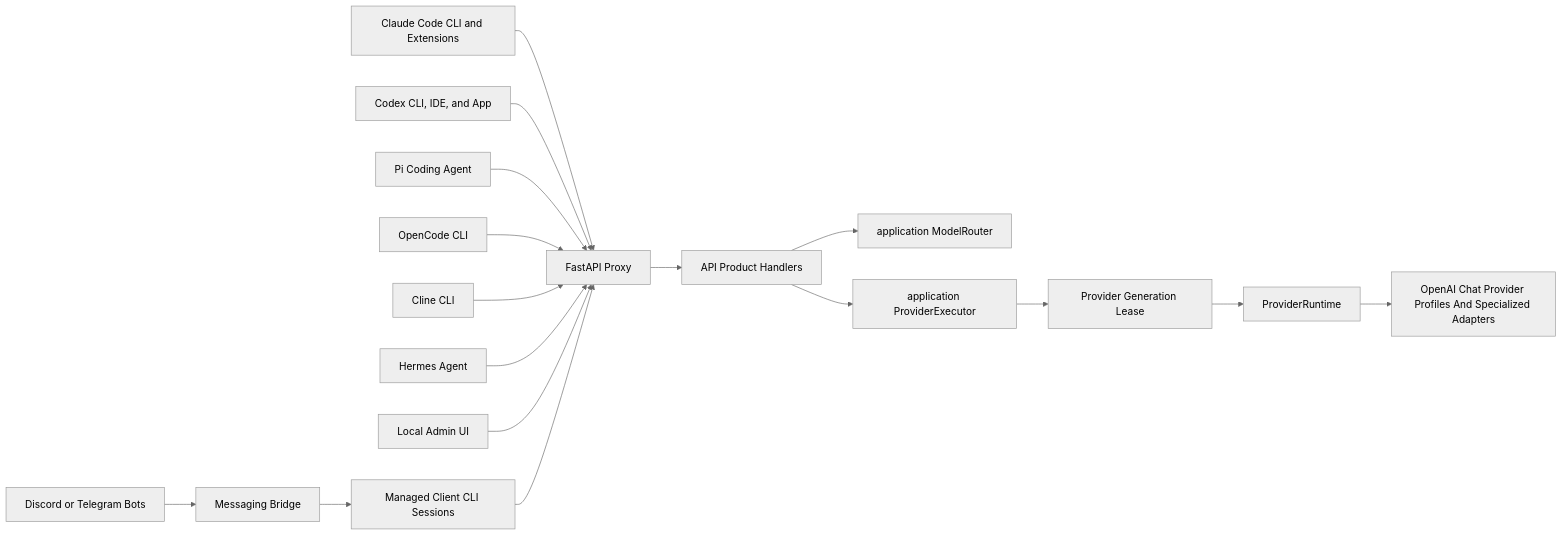
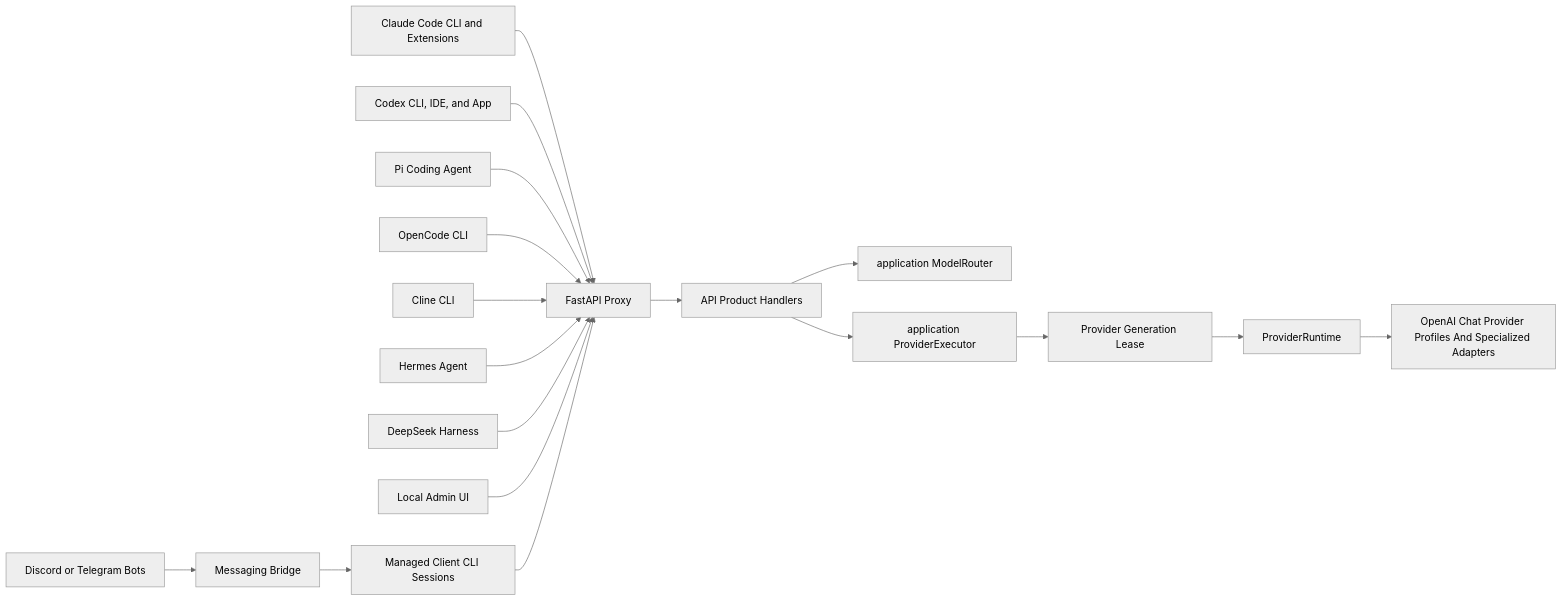
The first of 3 diagrams in ARCHITECTURE.md (MysticCoss/free-claude-code), drawn with Mermaid (neutral theme) before and after one commit. The commit also changed other lines of this file and 18 other files, not shown here.

First line of the commit message:
Add DeepSeek Harness as an FCC coding agent (#1486)

````diff
--- a/ARCHITECTURE.md
+++ b/ARCHITECTURE.md
@@ -28,19 +28,20 @@
 ```mermaid
 flowchart LR
     ClaudeCode[Claude Code CLI and Extensions] --> ProxyAPI[FastAPI Proxy]
     Codex[Codex CLI, IDE, and App] --> ProxyAPI
     Pi[Pi Coding Agent] --> ProxyAPI
     OpenCode[OpenCode CLI] --> ProxyAPI
     Cline[Cline CLI] --> ProxyAPI
     Hermes[Hermes Agent] --> ProxyAPI
+    DSH[DeepSeek Harness] --> ProxyAPI
     AdminUI[Local Admin UI] --> ProxyAPI
     Bots[Discord or Telegram Bots] --> Messaging[Messaging Bridge]
     Messaging --> ClientCLI[Managed Client CLI Sessions]
     ClientCLI --> ProxyAPI
     ProxyAPI --> Handlers[API Product Handlers]
     Handlers --> Router[application ModelRouter]
     Handlers --> Executor[application ProviderExecutor]
     Executor --> Lease[Provider Generation Lease]
     Lease --> Providers[ProviderRuntime]
     Providers --> OpenAIChat[OpenAI Chat Provider Profiles And Specialized Adapters]
 ```
````
